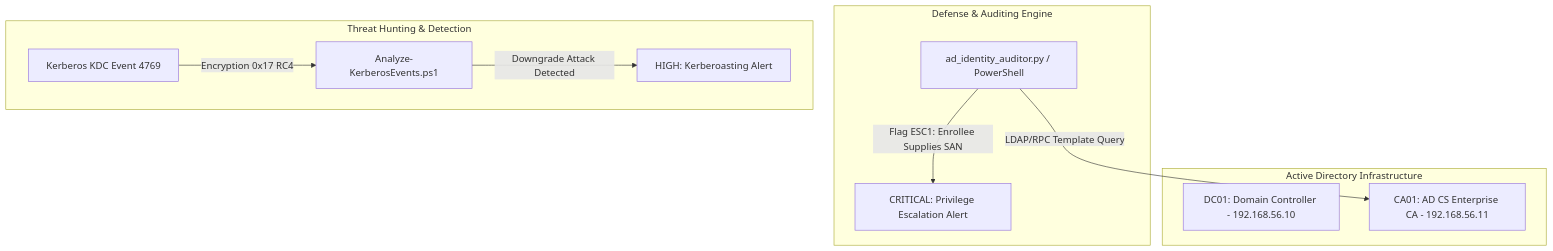
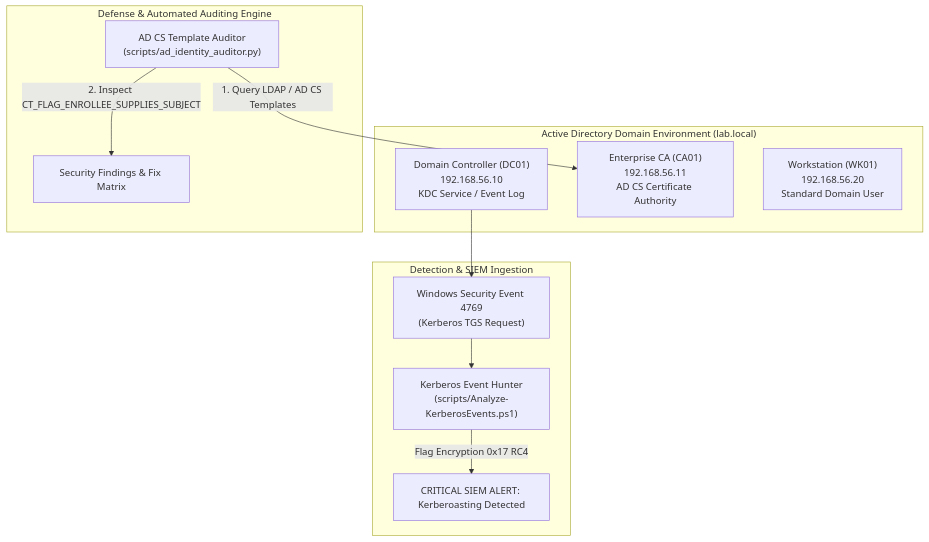
The diagram in README.md (toprakahmetaydogmus/01-ad-identity-defense), drawn with Mermaid before and after one commit. The commit also changed other lines of this file, not shown here.

````diff
--- a/README.md
+++ b/README.md
@@ -19,17 +24,22 @@
 ```mermaid
 graph TD
-    subgraph Active Directory Infrastructure
-        DC[DC01: Domain Controller - 192.168.56.10]
-        CA[CA01: AD CS Enterprise CA - 192.168.56.11]
+    subgraph "Active Directory Domain Environment (lab.local)"
+        DC["Domain Controller (DC01)<br/>192.168.56.10<br/>KDC Service / Event Log"]
+        CA["Enterprise CA (CA01)<br/>192.168.56.11<br/>AD CS Certificate Authority"]
+        WK["Workstation (WK01)<br/>192.168.56.20<br/>Standard Domain User"]
     end
 
-    subgraph Defense & Auditing Engine
-        Auditor[ad_identity_auditor.py / PowerShell] -->|LDAP/RPC Template Query| CA
-        Auditor -->|Flag ESC1: Enrollee Supplies SAN| Alert1[CRITICAL: Privilege Escalation Alert]
+    subgraph "Defense & Automated Auditing Engine"
+        Auditor["AD CS Template Auditor<br/>(scripts/ad_identity_auditor.py)"]
+        Auditor -->|1. Query LDAP / AD CS Templates| CA
+        Auditor -->|2. Inspect CT_FLAG_ENROLLEE_SUPPLIES_SUBJECT| Findings["Security Findings & Fix Matrix"]
     end
 
-    subgraph Threat Hunting & Detection
-        KDC[Kerberos KDC Event 4769] -->|Encryption 0x17 RC4| KerbHunter[Analyze-KerberosEvents.ps1]
-        KerbHunter -->|Downgrade Attack Detected| Alert2[HIGH: Kerberoasting Alert]
+    subgraph "Detection & SIEM Ingestion"
+        TGS_Log["Windows Security Event 4769<br/>(Kerberos TGS Request)"]
+        DC --> TGS_Log
+        Hunter["Kerberos Event Hunter<br/>(scripts/Analyze-KerberosEvents.ps1)"]
+        TGS_Log --> Hunter
+        Hunter -->|Flag Encryption 0x17 RC4| Alert["CRITICAL SIEM ALERT: Kerberoasting Detected"]
     end
 ```
````
